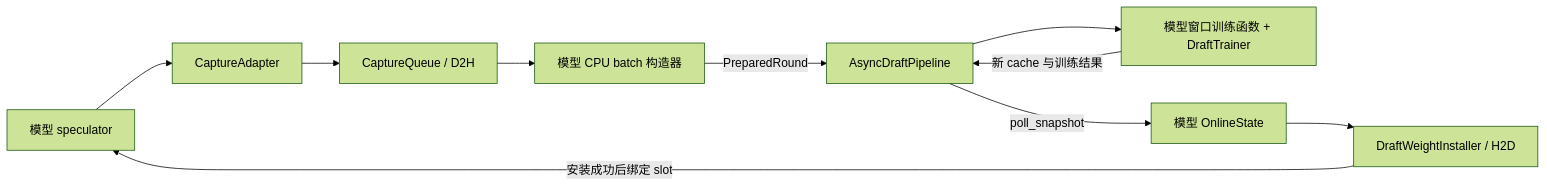
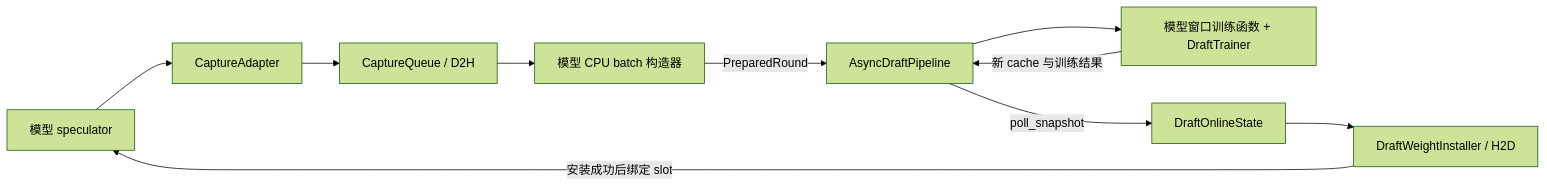
The diagram in online_draft/README.md (120L020201/vllm), drawn with Mermaid (forest theme) before and after one commit. The commit also changed other lines of this file, not shown here.

Commit message:
[Online draft] Document launch configuration for all three methods

````diff
--- a/online_draft/README.md
+++ b/online_draft/README.md
@@ -111,12 +122,12 @@
 ```mermaid
 flowchart LR
     S[模型 speculator] --> A[CaptureAdapter]
     A --> Q[CaptureQueue / D2H]
     Q --> B[模型 CPU batch 构造器]
     B -->|PreparedRound| P[AsyncDraftPipeline]
     P --> T[模型窗口训练函数 + DraftTrainer]
     T -->|新 cache 与训练结果| P
-    P -->|poll_snapshot| O[模型 OnlineState]
+    P -->|poll_snapshot| O[DraftOnlineState]
     O --> W[DraftWeightInstaller / H2D]
     W -->|安装成功后绑定 slot| S
 ```
````
